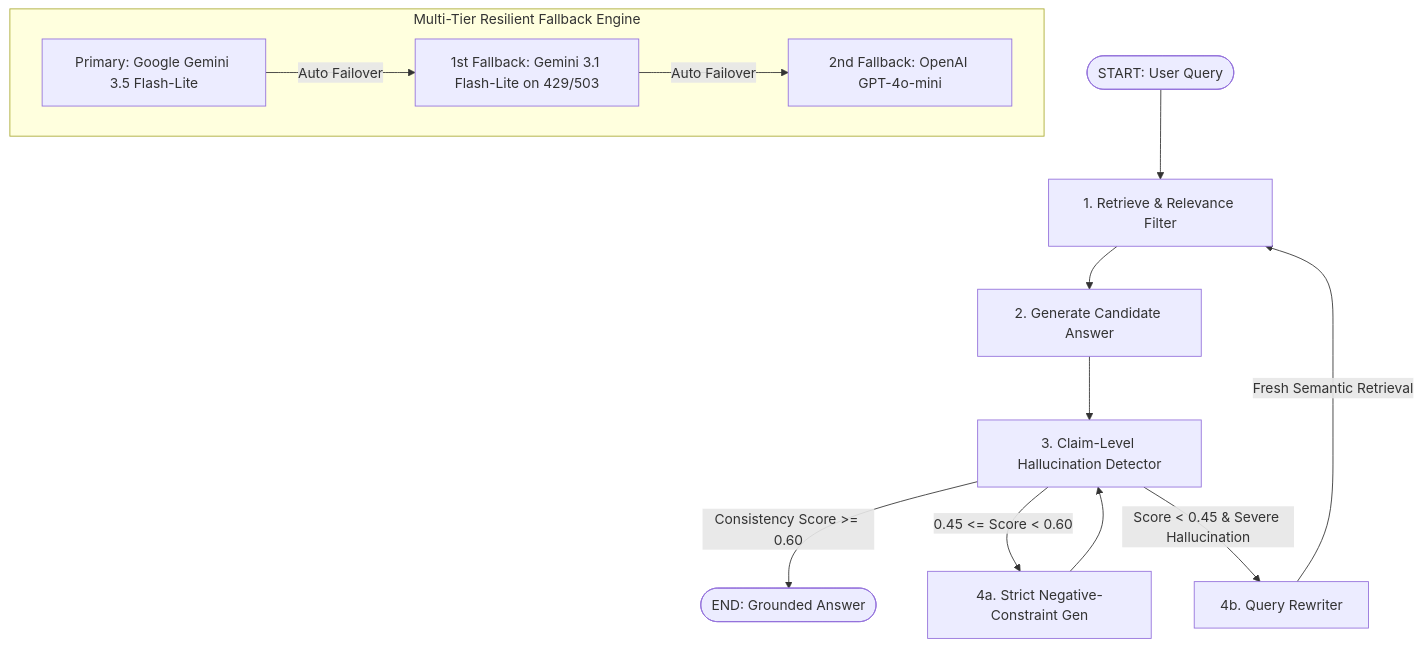
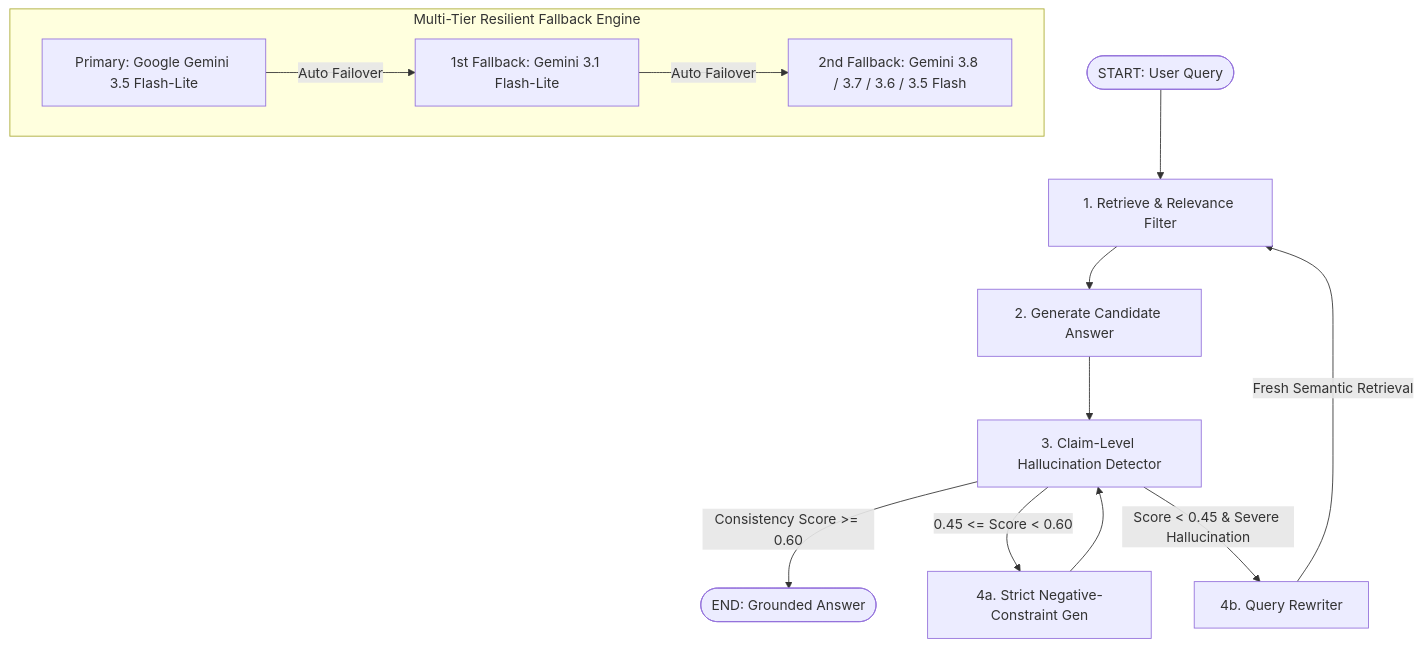
Before and after one commit to rxshil09/Corrective-RAG: the diagram in README.md, drawn with Mermaid. The commit also changed other lines of this file and 7 other files, not shown here.

Commit message:
feat: unified 4-phase demo showcase in run.py and pure Gemini multi-tier fallback

````diff
--- a/README.md
+++ b/README.md
@@ -9,20 +9,20 @@
 ```mermaid
 flowchart TD
     START([START: User Query]) --> Retrieve[1. Retrieve & Relevance Filter]
     Retrieve --> Generate[2. Generate Candidate Answer]
     Generate --> Detect[3. Claim-Level Hallucination Detector]
     
     Detect -->|Consistency Score >= 0.60| Pass([END: Grounded Answer])
     Detect -->|0.45 <= Score < 0.60| StrictGen[4a. Strict Negative-Constraint Gen]
     Detect -->|Score < 0.45 & Severe Hallucination| RewriteQuery[4b. Query Rewriter]
     
     StrictGen --> Detect
     RewriteQuery -->|Fresh Semantic Retrieval| Retrieve
 
     subgraph Multi-Tier Resilient Fallback Engine
         H[Primary: Google Gemini 3.5 Flash-Lite]
-        I[1st Fallback: Gemini 3.1 Flash-Lite on 429/503]
-        J[2nd Fallback: OpenAI GPT-4o-mini]
+        I[1st Fallback: Gemini 3.1 Flash-Lite]
+        J[2nd Fallback: Gemini 3.8 / 3.7 / 3.6 / 3.5 Flash]
         H -->|Auto Failover| I -->|Auto Failover| J
     end
 ```
````
